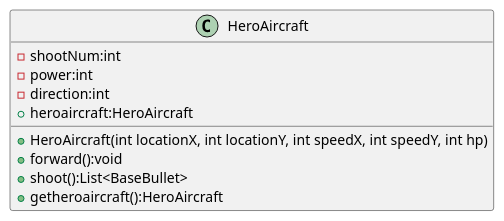
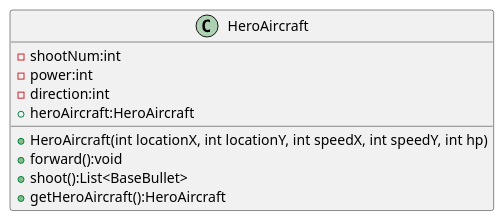
Before and after one commit to violence-max/GameAircraft: the diagram in uml/singleheroaircraft.puml, drawn with PlantUML. The commit also changed 16 other files, not shown here.

Commit message:
refactor:重写了单例模式、工厂模式、策略模式和数据访问对象模式的类图，新增了观察者模式和模板方法模式的类图

```diff
--- a/uml/singleheroaircraft.puml
+++ b/uml/singleheroaircraft.puml
@@ -1,15 +1,15 @@
 @startuml
 'https://plantuml.com/class-diagram
 
 class HeroAircraft {
     - shootNum:int
     - power:int
     - direction:int
-    + heroaircraft:HeroAircraft
+    + heroAircraft:HeroAircraft
     + HeroAircraft(int locationX, int locationY, int speedX, int speedY, int hp)
     + forward():void
     + shoot():List<BaseBullet>
-    + getheroaircraft():HeroAircraft
+    + getHeroAircraft():HeroAircraft
 }
 
 @enduml
```
